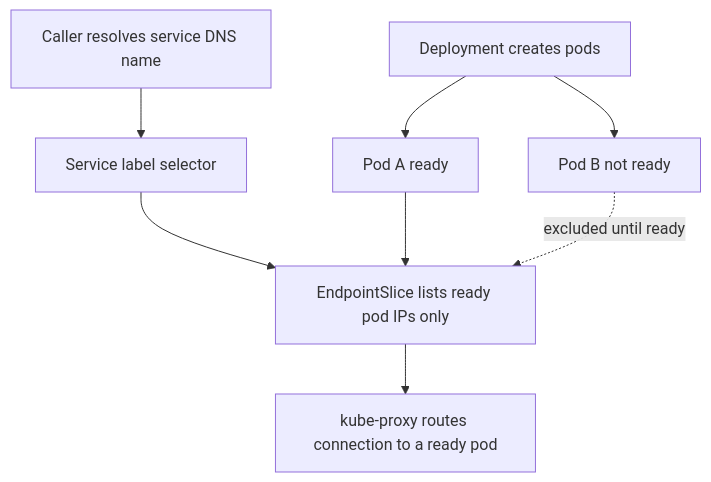
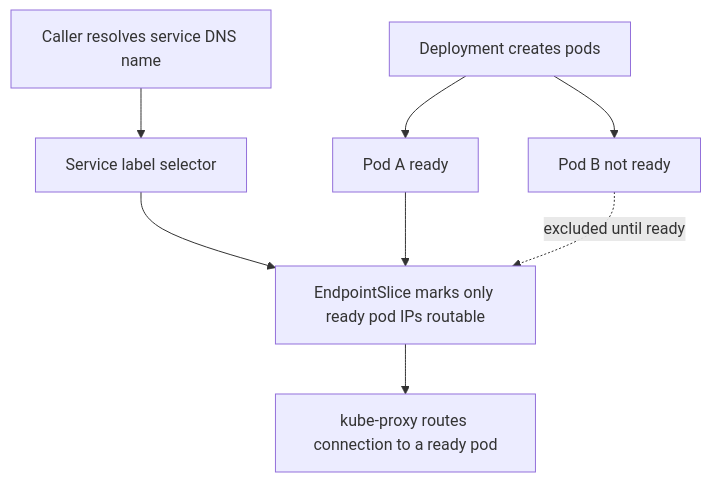
Before and after one commit to kunal-ladh/learn-system-design: the diagram in system-design/03 Traffic Management/Health Checks and Service Discovery.md, drawn with Mermaid. The commit also changed other lines of this file and 32 other files, not shown here.

````diff
--- a/system-design/03 Traffic Management/Health Checks and Service Discovery.md
+++ b/system-design/03 Traffic Management/Health Checks and Service Discovery.md
@@ -80,10 +80,10 @@
 ```mermaid
 graph TD
     D["Deployment creates pods"] --> P1["Pod A ready"]
     D --> P2["Pod B not ready"]
-    S["Service label selector"] --> EP["EndpointSlice lists ready pod IPs only"]
+    S["Service label selector"] --> EP["EndpointSlice marks only ready pod IPs routable"]
     P1 --> EP
     P2 -. excluded until ready .-> EP
     C["Caller resolves service DNS name"] --> S
     EP --> KP["kube-proxy routes connection to a ready pod"]
 ```
````
